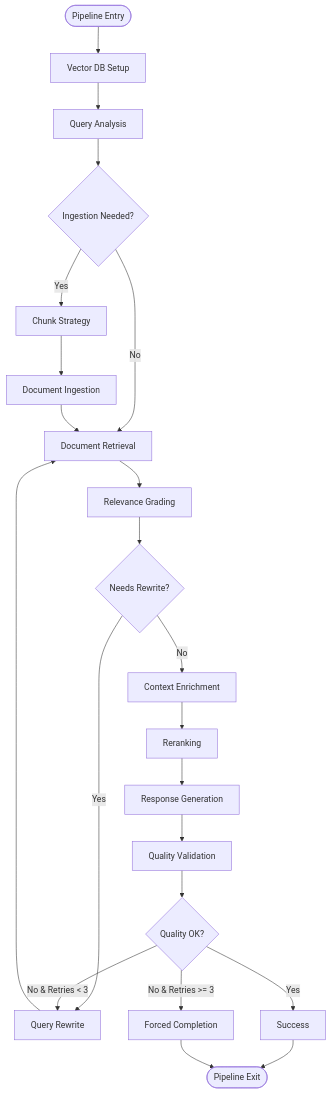
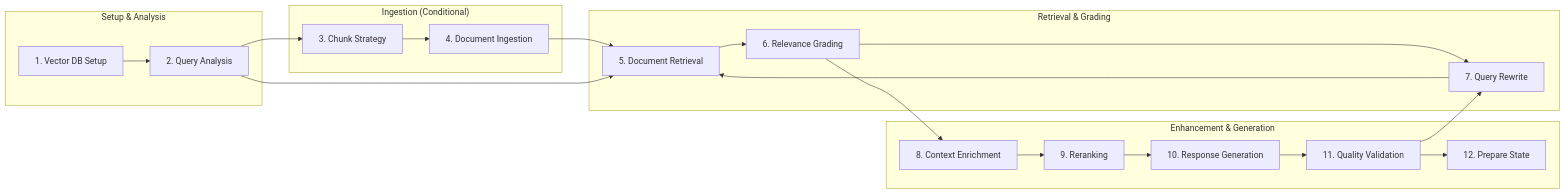
One commit to jgabriellima/coagent01-graph changed diagram 12 of 18 in docs/tce_swarm/ARCHITECTURE_COMPLETE.md. Above: the diagram before and after it, drawn with Mermaid. The commit also changed other lines of this file and 13 other files, not shown here.

First line of the commit message:
feat: Update TCE-PA architecture and documentation

````diff
--- a/docs/tce_swarm/ARCHITECTURE_COMPLETE.md
+++ b/docs/tce_swarm/ARCHITECTURE_COMPLETE.md
@@ -1126,33 +1392,41 @@
 ```mermaid
-graph TD
-    START([Pipeline Entry]) --> VDB[Vector DB Setup]
-    VDB --> QA[Query Analysis]
-    QA --> ING_CHECK{Ingestion Needed?}
+graph LR
+    subgraph "Setup & Analysis"
+        N1[1. Vector DB Setup]
+        N2[2. Query Analysis] 
+    end
     
-    ING_CHECK -->|Yes| CS[Chunk Strategy]
-    ING_CHECK -->|No| DR[Document Retrieval]
+    subgraph "Ingestion (Conditional)"
+        N3[3. Chunk Strategy]
+        N4[4. Document Ingestion]
+    end
     
-    CS --> DI[Document Ingestion]
-    DI --> DR
+    subgraph "Retrieval & Grading"
+        N5[5. Document Retrieval]
+        N6[6. Relevance Grading]
+        N7[7. Query Rewrite]
+    end
     
-    DR --> RG[Relevance Grading]
-    RG --> RW_CHECK{Needs Rewrite?}
+    subgraph "Enhancement & Generation"
+        N8[8. Context Enrichment]
+        N9[9. Reranking]
+        N10[10. Response Generation]
+        N11[11. Quality Validation]
+        N12[12. Prepare State]
+    end
     
-    RW_CHECK -->|Yes| QR[Query Rewrite]
-    RW_CHECK -->|No| CE[Context Enrichment]
-    
-    QR --> DR
-    
-    CE --> RR[Reranking]
-    RR --> RES[Response Generation]
-    RES --> QV[Quality Validation]
-    
-    QV --> FINAL_CHECK{Quality OK?}
-    
-    FINAL_CHECK -->|Yes| SUCCESS[Success]
-    FINAL_CHECK -->|No & Retries < 3| QR
-    FINAL_CHECK -->|No & Retries >= 3| FORCED[Forced Completion]
-    
-    SUCCESS --> END([Pipeline Exit])
-    FORCED --> END
+    N1 --> N2
+    N2 --> N3
+    N3 --> N4
+    N4 --> N5
+    N2 --> N5
+    N5 --> N6
+    N6 --> N7
+    N7 --> N5
+    N6 --> N8
+    N8 --> N9
+    N9 --> N10
+    N10 --> N11
+    N11 --> N7
+    N11 --> N12
 ```
````
